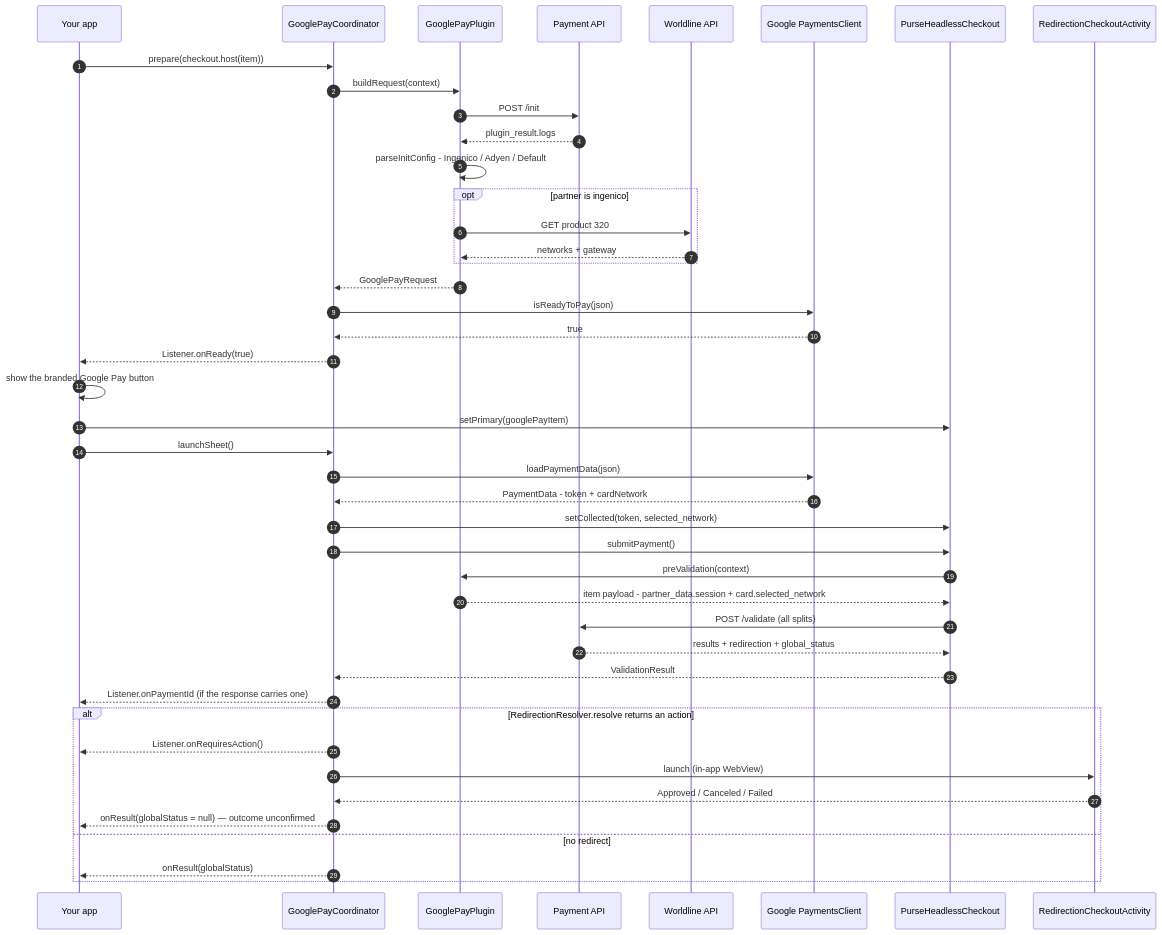
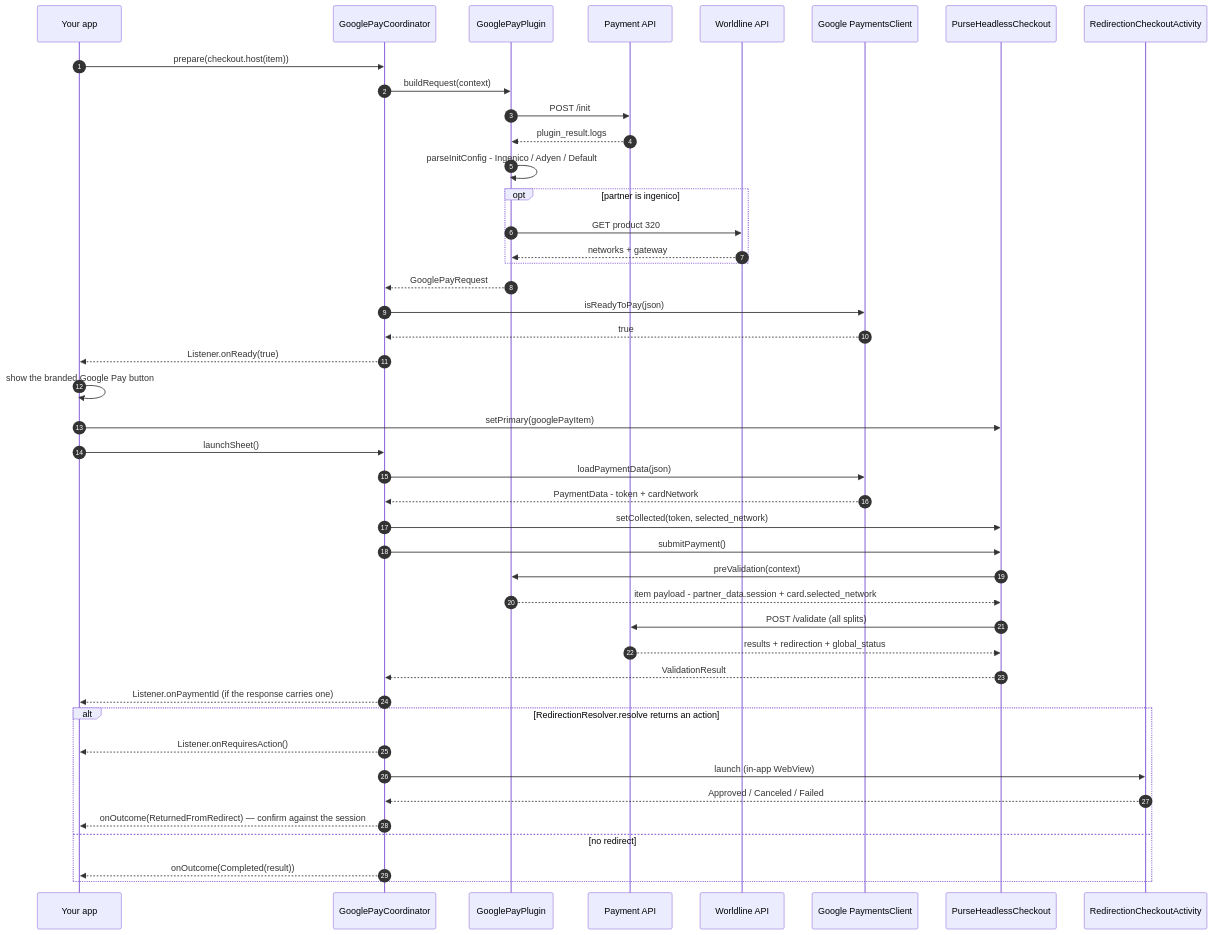
One commit to UpStreamPay/purse-headless-checkout-android changed the diagram in docs/plugins/google-pay.md. Above: the diagram before and after it, drawn with Mermaid. The commit also changed other lines of this file and 32 other files, not shown here.

````diff
--- a/docs/plugins/google-pay.md
+++ b/docs/plugins/google-pay.md
@@ -49,49 +49,49 @@
 ```mermaid
 sequenceDiagram
     autonumber
     participant App as Your app
     participant Co as GooglePayCoordinator
     participant Pl as GooglePayPlugin
     participant Api as Payment API
     participant WL as Worldline API
     participant GP as Google PaymentsClient
     participant Ck as PurseHeadlessCheckout
     participant Rd as RedirectionCheckoutActivity
 
     App->>Co: prepare(checkout.host(item))
     Co->>Pl: buildRequest(context)
     Pl->>Api: POST /init
     Api-->>Pl: plugin_result.logs
     Pl->>Pl: parseInitConfig - Ingenico / Adyen / Default
     opt partner is ingenico
         Pl->>WL: GET product 320
         WL-->>Pl: networks + gateway
     end
     Pl-->>Co: GooglePayRequest
     Co->>GP: isReadyToPay(json)
     GP-->>Co: true
     Co-->>App: Listener.onReady(true)
     App->>App: show the branded Google Pay button
 
     App->>Ck: setPrimary(googlePayItem)
     App->>Co: launchSheet()
     Co->>GP: loadPaymentData(json)
     GP-->>Co: PaymentData - token + cardNetwork
     Co->>Ck: setCollected(token, selected_network)
     Co->>Ck: submitPayment()
     Ck->>Pl: preValidation(context)
     Pl-->>Ck: item payload - partner_data.session + card.selected_network
     Ck->>Api: POST /validate (all splits)
     Api-->>Ck: results + redirection + global_status
     Ck-->>Co: ValidationResult
     Co-->>App: Listener.onPaymentId (if the response carries one)
 
     alt RedirectionResolver.resolve returns an action
         Co-->>App: Listener.onRequiresAction()
         Co->>Rd: launch (in-app WebView)
         Rd-->>Co: Approved / Canceled / Failed
-        Co-->>App: onResult(globalStatus = null) — outcome unconfirmed
+        Co-->>App: onOutcome(ReturnedFromRedirect) — confirm against the session
     else no redirect
-        Co-->>App: onResult(globalStatus)
+        Co-->>App: onOutcome(Completed(result))
     end
 ```
````
